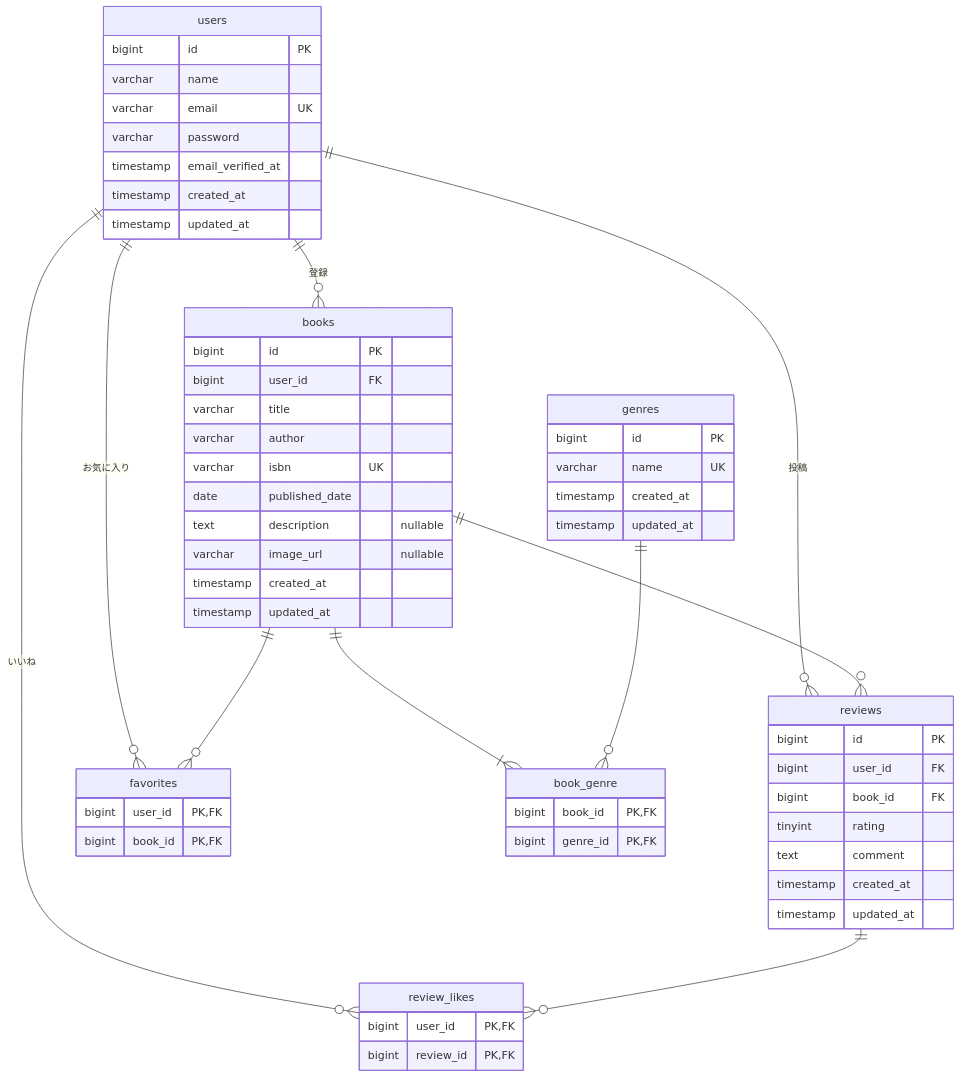
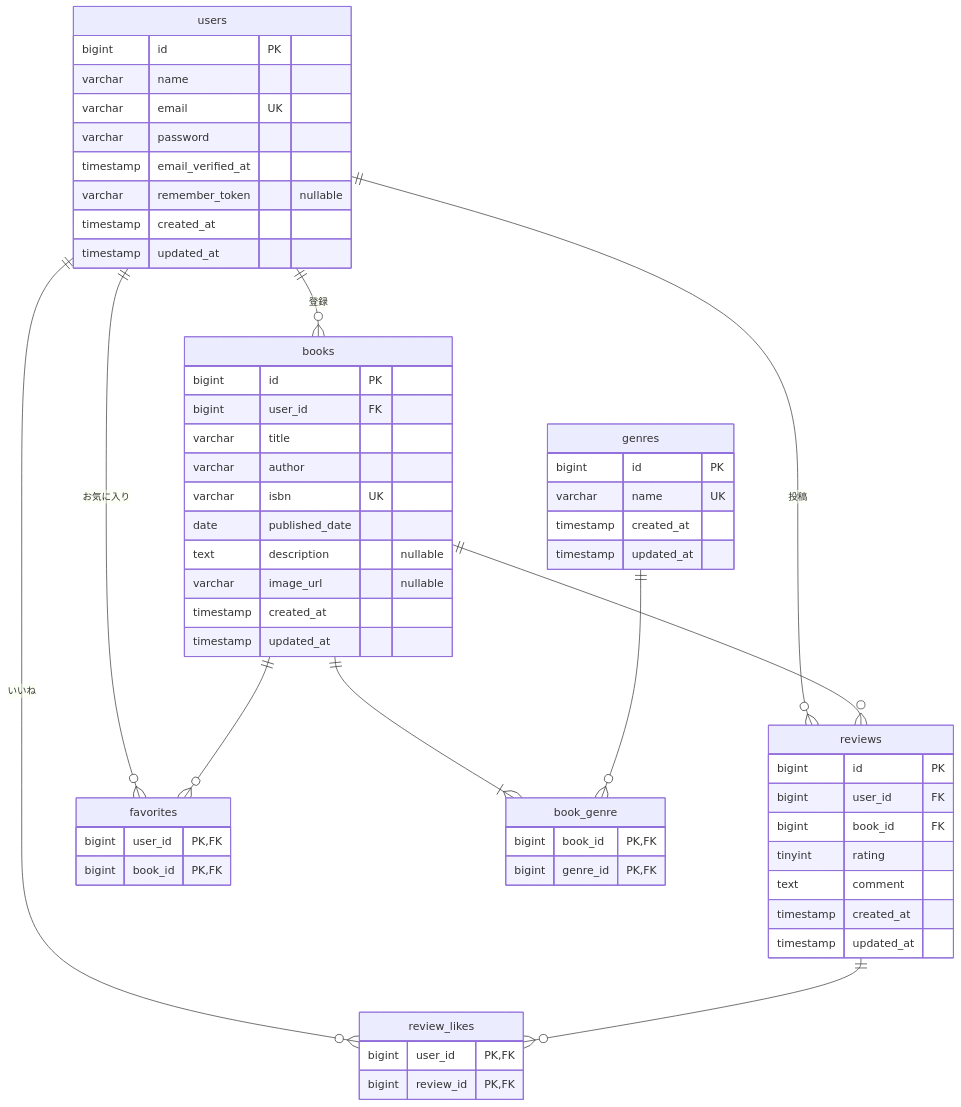
The diagram in README.md (coachtech-material/ExampleAnswer-mockcase-BookShelf), drawn with Mermaid before and after one commit. The commit also changed 1 other file, not shown here.

Commit message:
fix(basic): 採点team 追加指摘対応 (2026/04/24)
- 評価シート L70: 画像URL 255文字超過条件を追加
- 評価シート L102: 書籍編集テスト評価の表現をわかりやすく修正
- README ER図: users テーブルに remember_token (nullable) を追加

Refs #55
Milestone: 評価シート 採点team フィードバック 2026-04-23

````diff
--- a/README.md
+++ b/README.md
@@ -144,67 +144,68 @@
 ```mermaid
 erDiagram
     users ||--o{ books : "登録"
     users ||--o{ reviews : "投稿"
     users ||--o{ favorites : "お気に入り"
     users ||--o{ review_likes : "いいね"
     books ||--o{ reviews : ""
     books ||--|{ book_genre : ""
     books ||--o{ favorites : ""
     genres ||--o{ book_genre : ""
     reviews ||--o{ review_likes : ""
 
     users {
         bigint id PK
         varchar name
         varchar email UK
         varchar password
         timestamp email_verified_at
+        varchar remember_token "nullable"
         timestamp created_at
         timestamp updated_at
     }
 
     books {
         bigint id PK
         bigint user_id FK
         varchar title
         varchar author
         varchar isbn UK
         date published_date
         text description "nullable"
         varchar image_url "nullable"
         timestamp created_at
         timestamp updated_at
     }
 
     genres {
         bigint id PK
         varchar name UK
         timestamp created_at
         timestamp updated_at
     }
 
     reviews {
         bigint id PK
         bigint user_id FK
         bigint book_id FK
         tinyint rating
         text comment
         timestamp created_at
         timestamp updated_at
     }
 
     book_genre {
         bigint book_id PK,FK
         bigint genre_id PK,FK
     }
 
     favorites {
         bigint user_id PK,FK
         bigint book_id PK,FK
     }
 
     review_likes {
         bigint user_id PK,FK
         bigint review_id PK,FK
     }
 ```
````
